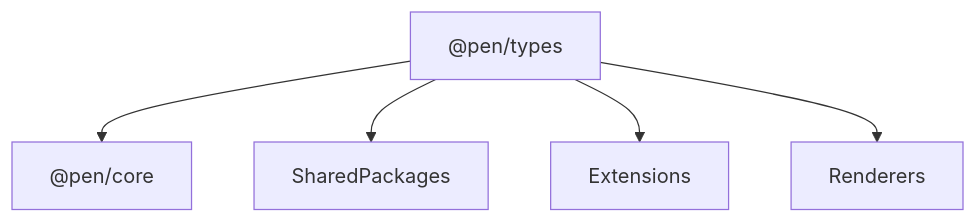
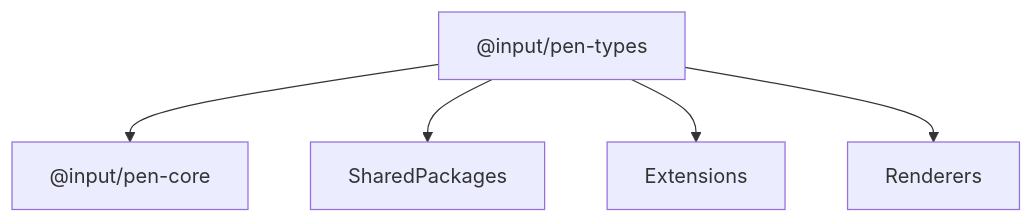
One commit to JayaKrishnaNamburu/pen changed the diagram in spec/packages/types.md. Above: the diagram before and after it, drawn with Mermaid. The commit also changed other lines of this file and 989 other files, not shown here.

First line of the commit message:
Update package names and configurations to reflect rebranding from '@pen' to '@input'

````diff
--- a/spec/packages/types.md
+++ b/spec/packages/types.md
@@ -31,13 +31,13 @@
 ```mermaid
 flowchart TD
-  Types["@pen/types"]
-  Core["@pen/core"]
+  Types["@input/pen-types"]
+  Core["@input/pen-core"]
   Shared[SharedPackages]
   Extensions[Extensions]
   Renderers[Renderers]
 
   Types --> Core
   Types --> Shared
   Types --> Extensions
   Types --> Renderers
 ```
````
